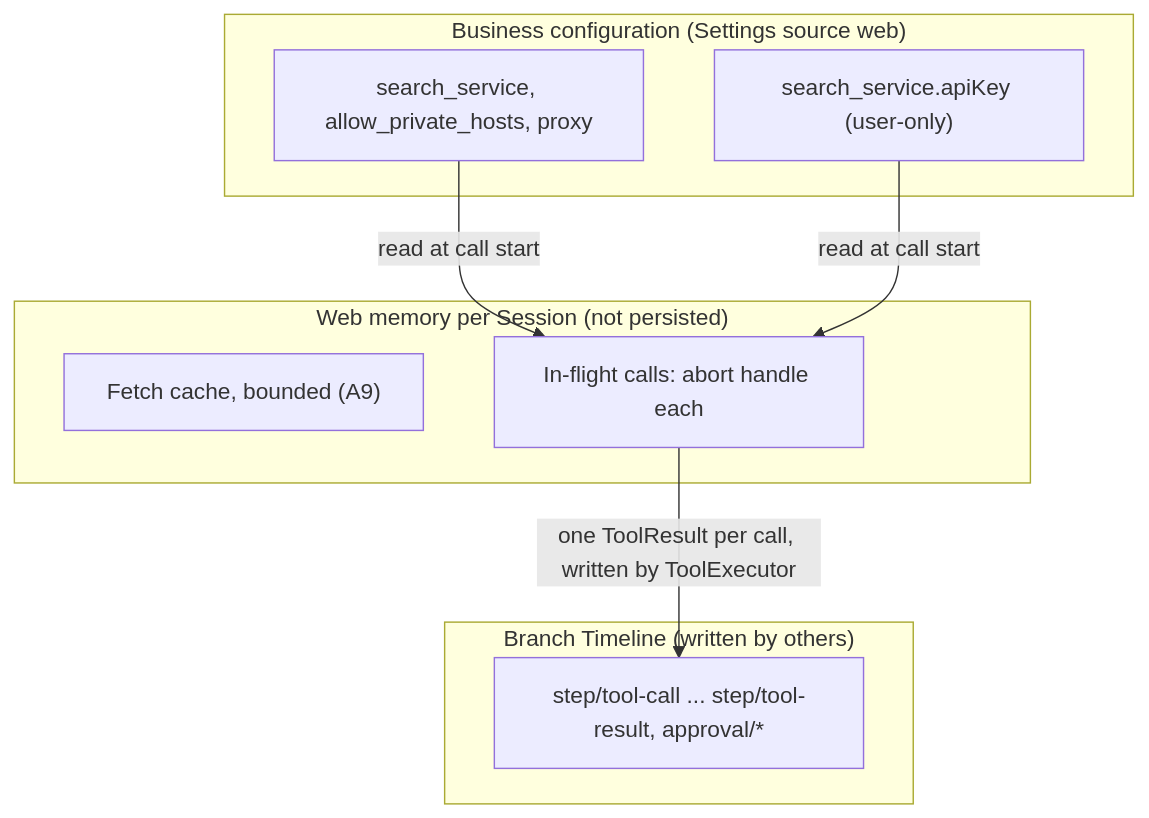
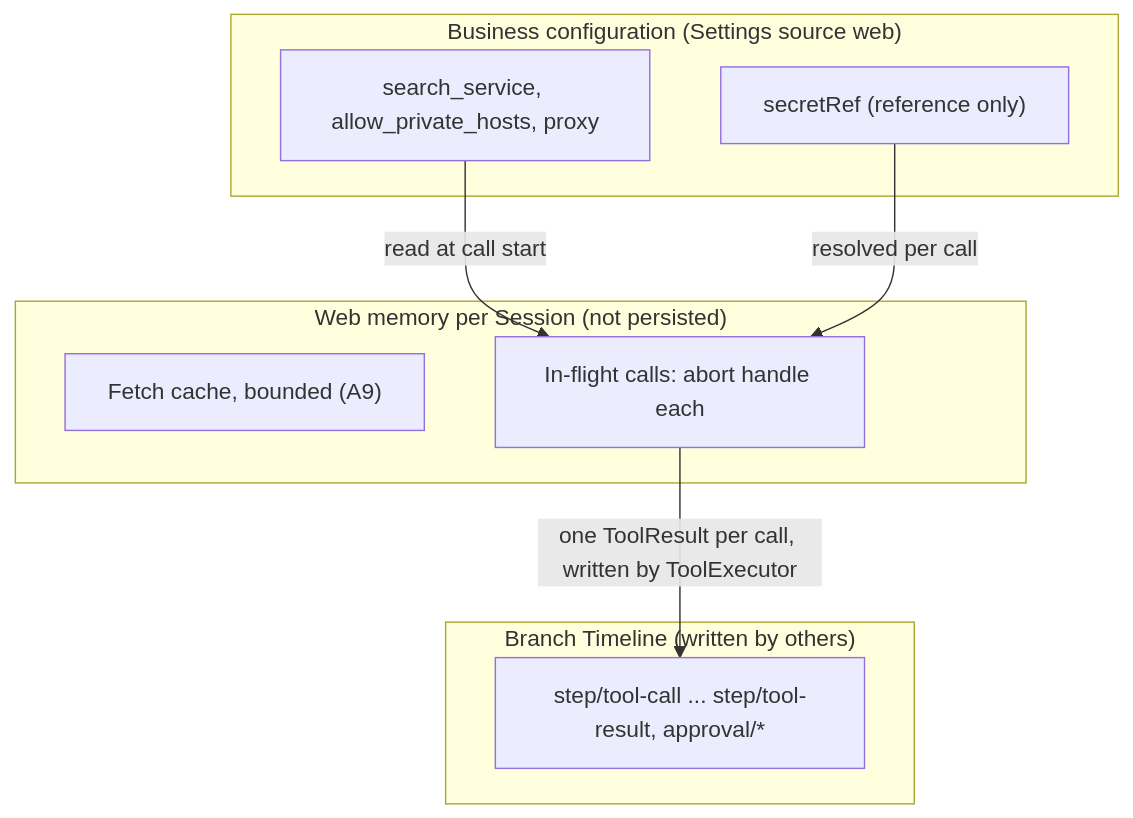
One commit to CoutinhoTTS/dim-agent changed the second of 5 diagrams in docs/design/plugins/Web.md. Above: the diagram before and after it, drawn with Mermaid. The commit also changed other lines of this file and 1 other file, not shown here.

````diff
--- a/docs/design/plugins/Web.md
+++ b/docs/design/plugins/Web.md
@@ -44,17 +46,17 @@
 ```mermaid
 flowchart TB
   subgraph CFG["Business configuration (Settings source web)"]
     WebCfg["search_service, allow_private_hosts, proxy"]
-    Secret["search_service.apiKey (user-only)"]
+    Secret["secretRef (reference only)"]
   end
   subgraph MEM["Web memory per Session (not persisted)"]
     Cache["Fetch cache, bounded (A9)"]
     Inflight["In-flight calls: abort handle each"]
   end
   subgraph TL["Branch Timeline (written by others)"]
     Calls["step/tool-call ... step/tool-result, approval/*"]
   end
   WebCfg -->|"read at call start"| Inflight
-  Secret -->|"read at call start"| Inflight
+  Secret -->|"resolved per call"| Inflight
   Inflight -->|"one ToolResult per call, written by ToolExecutor"| Calls
 ```
````
